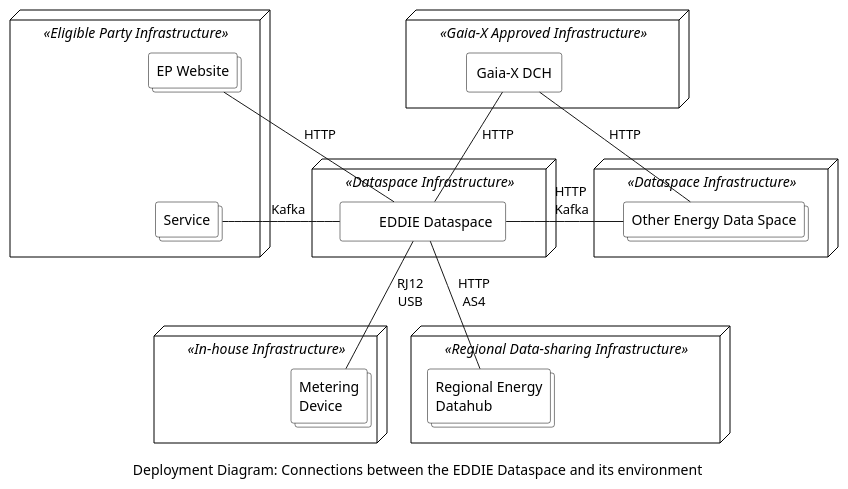
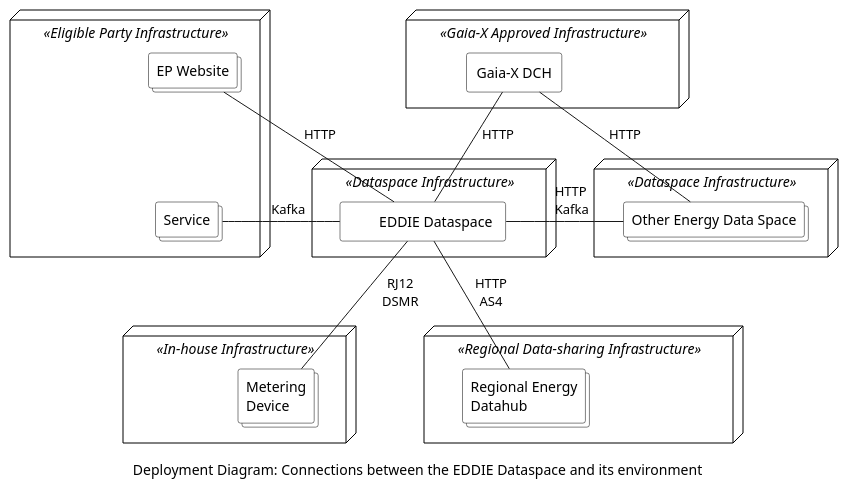
One commit to eddie-energy/architecture changed the diagram in arc42/system-scope-and-context/figures/deployment-diagram-dataspace.puml. Above: the diagram before and after it, drawn with PlantUML. The commit also changed 12 other files, not shown here.

```diff
--- a/arc42/system-scope-and-context/figures/deployment-diagram-dataspace.puml
+++ b/arc42/system-scope-and-context/figures/deployment-diagram-dataspace.puml
@@ -1,61 +1,62 @@
 @startuml deployment-diagram-dataspace
 'deployment diagram
 caption Deployment Diagram: Connections between the EDDIE Dataspace and its environment 
 
 
 skinparam component{
   BorderColor black
   BackgroundColor transparent
 }
 skinparam package {
   BorderColor black
   BackgroundColor white
 }
 skinparam node{
   BorderColor black
   BackgroundColor transparent
 }
 skinparam collections {
   BorderColor black
   BackgroundColor white
 }
 skinparam rectangle {
   BorderColor black
   BackgroundColor transparent
 }
 
 node <<Eligible Party Infrastructure>> {
   collections "Service" as service
   collections "EP Website" as website
 }
 node <<In-house Infrastructure>> {
   collections "Metering\nDevice" as smartMeter
 }
 node <<Regional Data-sharing Infrastructure>>{
   collections "Regional Energy\nDatahub" as regionalData
 }
 node <<Gaia-X Approved Infrastructure>> {
   rectangle "Gaia-X DCH" as gaiaX
 }
 node <<Dataspace Infrastructure>> {
   rectangle "\tEDDIE Dataspace\t" as eddieDataspace
 }
 node <<Dataspace Infrastructure>> {
   collections "Other Energy Data Space" as otherDataspace
 }
 
 website -[hidden]down- service
 website -right- eddieDataspace : HTTP
 service -right- eddieDataspace : \t Kafka\t
 
 
 gaiaX -down- eddieDataspace : HTTP
 gaiaX -down- otherDataspace : HTTP
 
 eddieDataspace -right- otherDataspace : \t HTTP\t\n\t Kafka\t
 
-eddieDataspace -down- smartMeter : RJ12\nUSB
+eddieDataspace -down- smartMeter : RJ12\nDSMR
+smartMeter -[hidden]right- regionalData :\t\t\t\t
 eddieDataspace -down- regionalData : HTTP\nAS4
 
 
 @enduml
```
